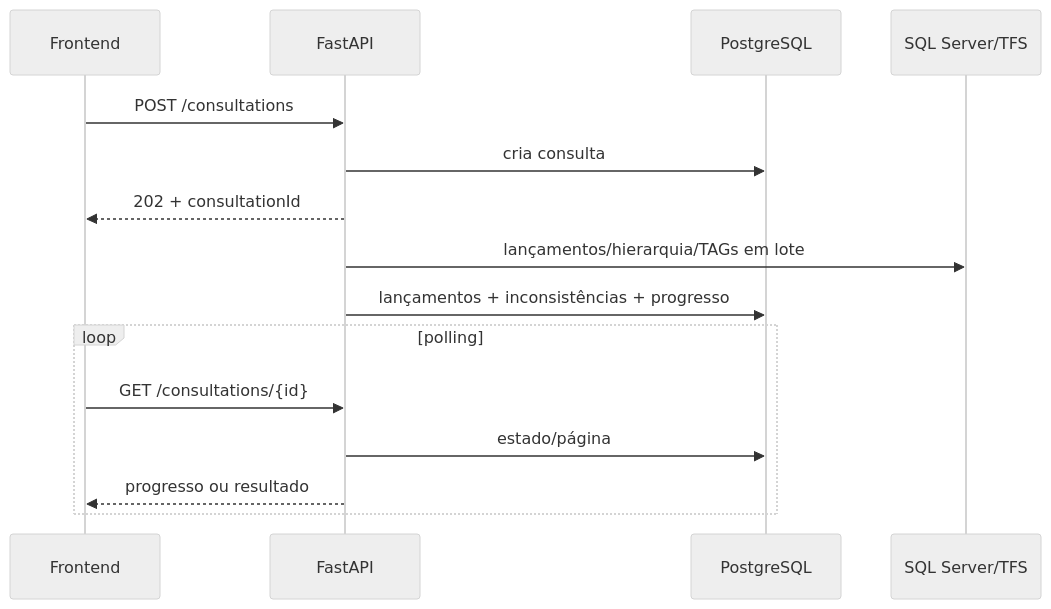
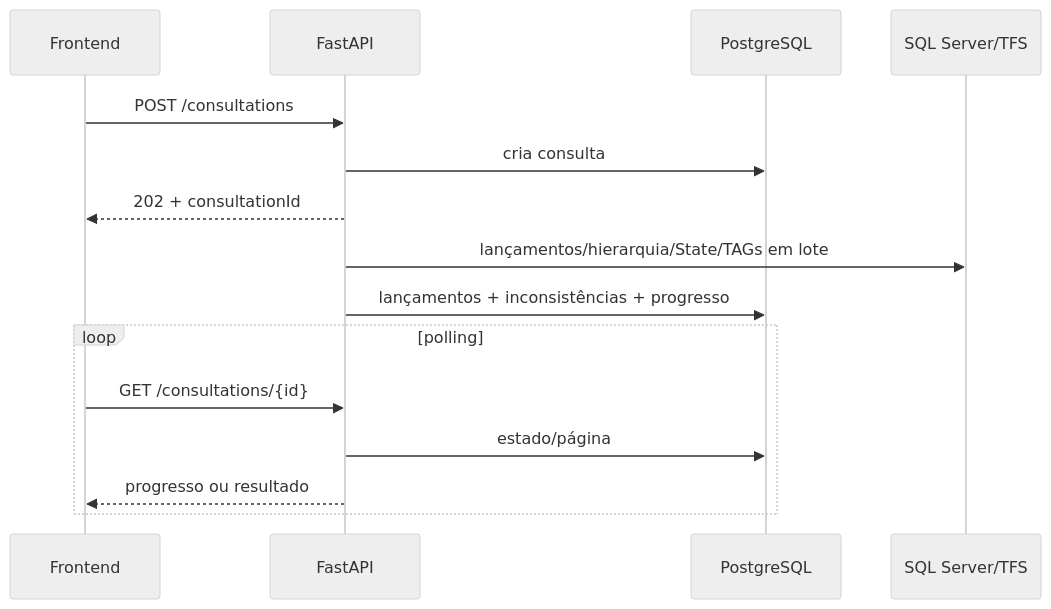
Before and after one commit to GiovannaBarbieri/alfred: the fourth of 5 diagrams in docs/07-arquitetura-tecnica.md, drawn with Mermaid (neutral theme). The commit also changed other lines of this file and 5 other files, not shown here.

````diff
--- a/docs/07-arquitetura-tecnica.md
+++ b/docs/07-arquitetura-tecnica.md
@@ -88,17 +88,17 @@
 ```mermaid
 sequenceDiagram
   participant UI as Frontend
   participant API as FastAPI
   participant PG as PostgreSQL
   participant TFS as SQL Server/TFS
   UI->>API: POST /consultations
   API->>PG: cria consulta
   API-->>UI: 202 + consultationId
-  API->>TFS: lançamentos/hierarquia/TAGs em lote
+  API->>TFS: lançamentos/hierarquia/State/TAGs em lote
   API->>PG: lançamentos + inconsistências + progresso
   loop polling
     UI->>API: GET /consultations/{id}
     API->>PG: estado/página
     API-->>UI: progresso ou resultado
   end
 ```
````
